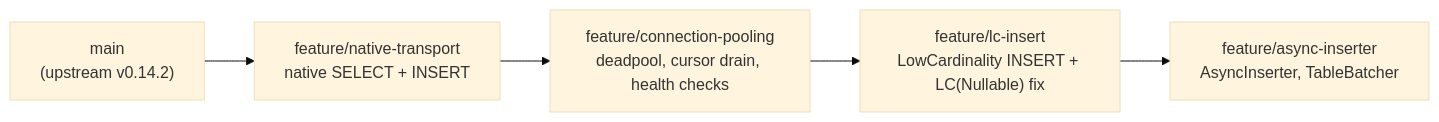
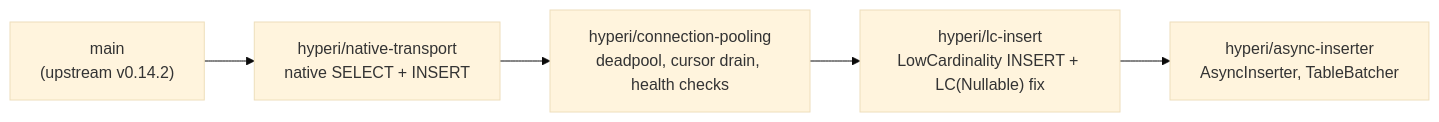
Before and after one commit to ClickHouse/clickhouse-rs: the diagram in docs/migration.md, drawn with Mermaid (base theme). The commit also changed other lines of this file and 1 other file, not shown here.

Commit message:
docs: rename branch prefix from feature/ to hyperi/
Update STATE.md branch strategy table with current 5-branch structure.
Update migration.md Mermaid diagram with hyperi/ prefix.

````diff
--- a/docs/migration.md
+++ b/docs/migration.md
@@ -139,7 +139,7 @@
 ```mermaid
 graph LR
-    M["main<br/>(upstream v0.14.2)"] --> NT["feature/native-transport<br/>native SELECT + INSERT"]
-    NT --> CP["feature/connection-pooling<br/>deadpool, cursor drain, health checks"]
-    CP --> LC["feature/lc-insert<br/>LowCardinality INSERT + LC(Nullable) fix"]
-    LC --> AI["feature/async-inserter<br/>AsyncInserter, TableBatcher"]
+    M["main<br/>(upstream v0.14.2)"] --> NT["hyperi/native-transport<br/>native SELECT + INSERT"]
+    NT --> CP["hyperi/connection-pooling<br/>deadpool, cursor drain, health checks"]
+    CP --> LC["hyperi/lc-insert<br/>LowCardinality INSERT + LC(Nullable) fix"]
+    LC --> AI["hyperi/async-inserter<br/>AsyncInserter, TableBatcher"]
 ```
````
